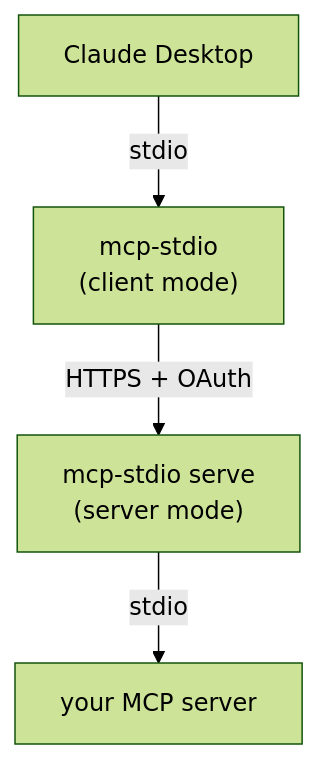
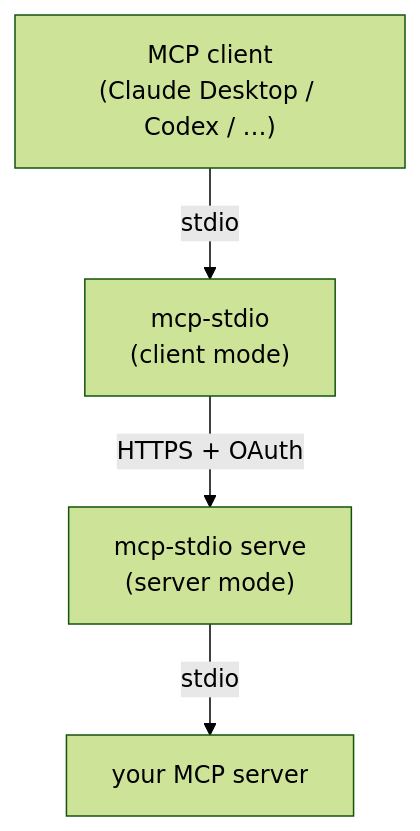
The third of 3 diagrams in docs/modes.md (shigechika/mcp-stdio), drawn with Mermaid (forest theme) before and after one commit. The commit also changed other lines of this file and 11 other files, not shown here.

First line of the commit message:
docs: show mcp-stdio works with non-Claude MCP clients (Codex, Meta Muse) (#482)

````diff
--- a/docs/modes.md
+++ b/docs/modes.md
@@ -315,6 +315,6 @@
 ```mermaid
 graph TD
-    A["Claude Desktop"] -- "stdio" --> B["mcp-stdio<br/>(client mode)"]
+    A["MCP client<br/>(Claude Desktop / Codex / …)"] -- "stdio" --> B["mcp-stdio<br/>(client mode)"]
     B -- "HTTPS + OAuth" --> C["mcp-stdio serve<br/>(server mode)"]
     C -- "stdio" --> D["your MCP server"]
 ```
````
